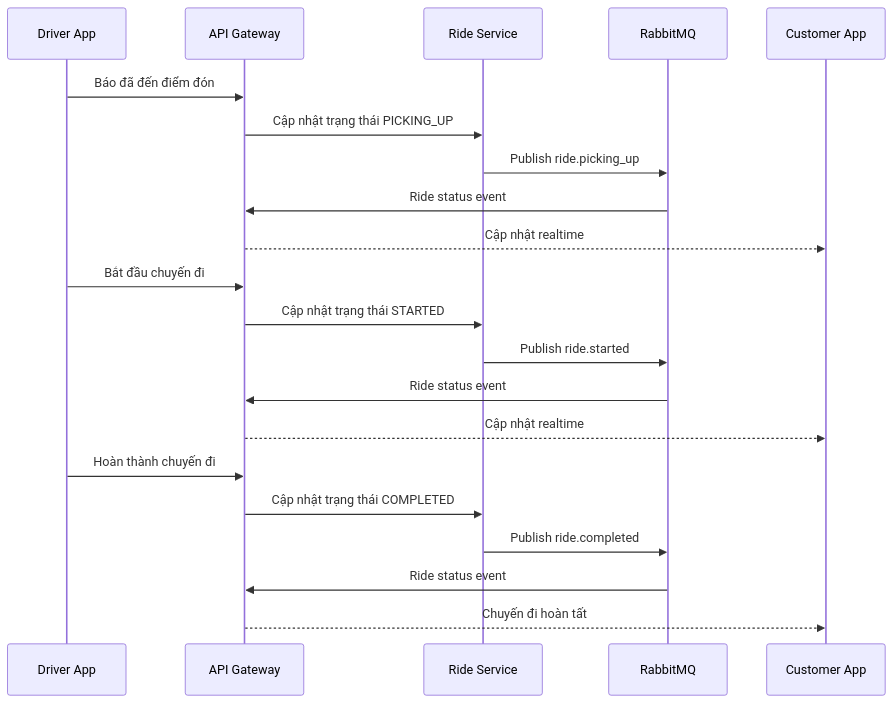
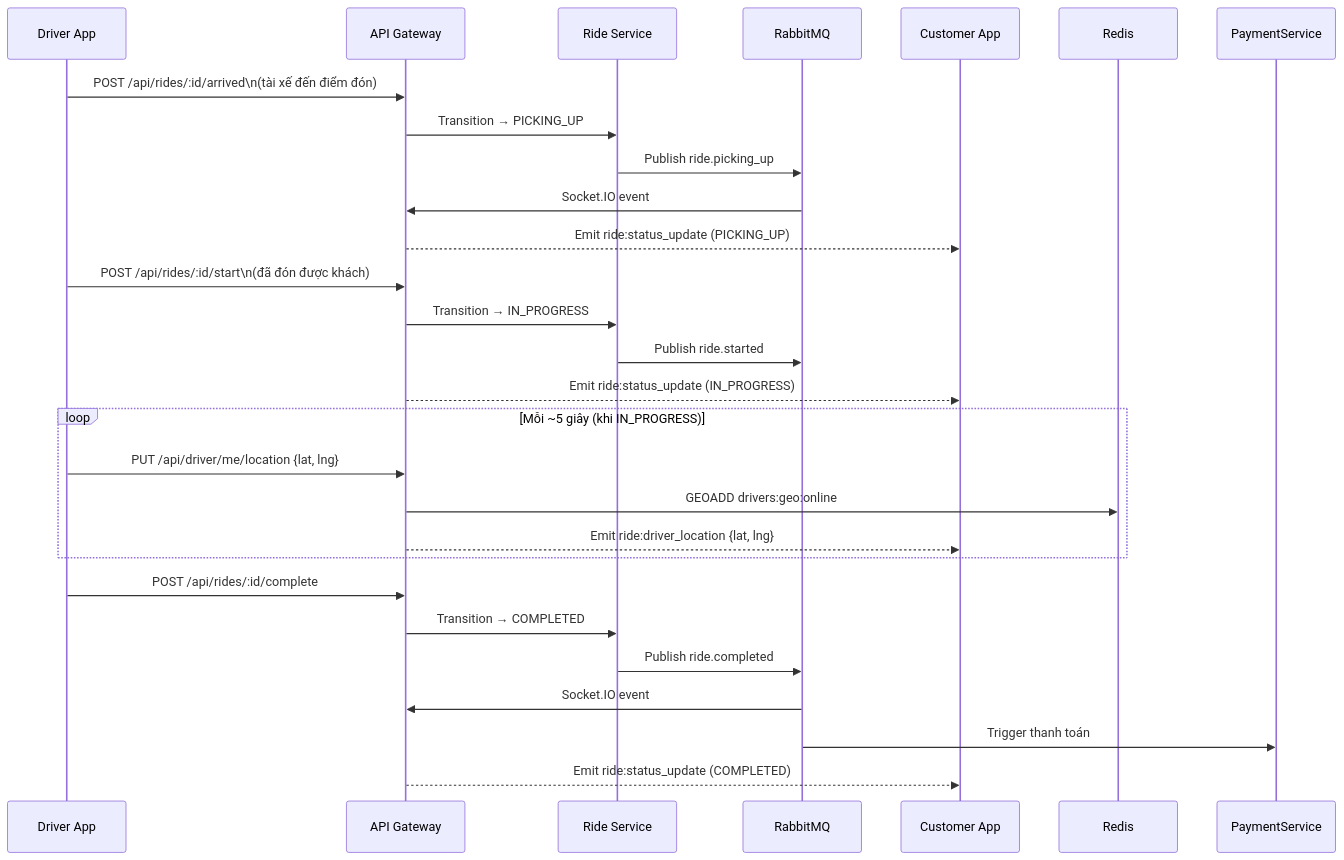
One commit to foxxiee04/Cab-Booking-System-Project changed the sixth of 13 diagrams in README.md. Above: the diagram before and after it, drawn with Mermaid. The commit also changed other lines of this file and 97 other files, not shown here.

````diff
--- a/README.md
+++ b/README.md
@@ -267,26 +475,32 @@
 ```mermaid
 sequenceDiagram
-    participant Driver as Driver App
-    participant Gateway as API Gateway
-    participant Ride as Ride Service
+    participant DA as Driver App
+    participant G as API Gateway
+    participant R as Ride Service
     participant MQ as RabbitMQ
-    participant Customer as Customer App
+    participant CA as Customer App
 
-    Driver->>Gateway: Báo đã đến điểm đón
-    Gateway->>Ride: Cập nhật trạng thái PICKING_UP
-    Ride->>MQ: Publish ride.picking_up
-    MQ->>Gateway: Ride status event
-    Gateway-->>Customer: Cập nhật realtime
+    DA->>G: POST /api/rides/:id/arrived\n(tài xế đến điểm đón)
+    G->>R: Transition → PICKING_UP
+    R->>MQ: Publish ride.picking_up
+    MQ->>G: Socket.IO event
+    G-->>CA: Emit ride:status_update (PICKING_UP)
 
-    Driver->>Gateway: Bắt đầu chuyến đi
-    Gateway->>Ride: Cập nhật trạng thái STARTED
-    Ride->>MQ: Publish ride.started
-    MQ->>Gateway: Ride status event
-    Gateway-->>Customer: Cập nhật realtime
+    DA->>G: POST /api/rides/:id/start\n(đã đón được khách)
+    G->>R: Transition → IN_PROGRESS
+    R->>MQ: Publish ride.started
+    G-->>CA: Emit ride:status_update (IN_PROGRESS)
 
-    Driver->>Gateway: Hoàn thành chuyến đi
-    Gateway->>Ride: Cập nhật trạng thái COMPLETED
-    Ride->>MQ: Publish ride.completed
-    MQ->>Gateway: Ride status event
-    Gateway-->>Customer: Chuyến đi hoàn tất
+    loop Mỗi ~5 giây (khi IN_PROGRESS)
+        DA->>G: PUT /api/driver/me/location {lat, lng}
+        G->>Redis: GEOADD drivers:geo:online
+        G-->>CA: Emit ride:driver_location {lat, lng}
+    end
+
+    DA->>G: POST /api/rides/:id/complete
+    G->>R: Transition → COMPLETED
+    R->>MQ: Publish ride.completed
+    MQ->>G: Socket.IO event
+    MQ->>PaymentService: Trigger thanh toán
+    G-->>CA: Emit ride:status_update (COMPLETED)
 ```
````
